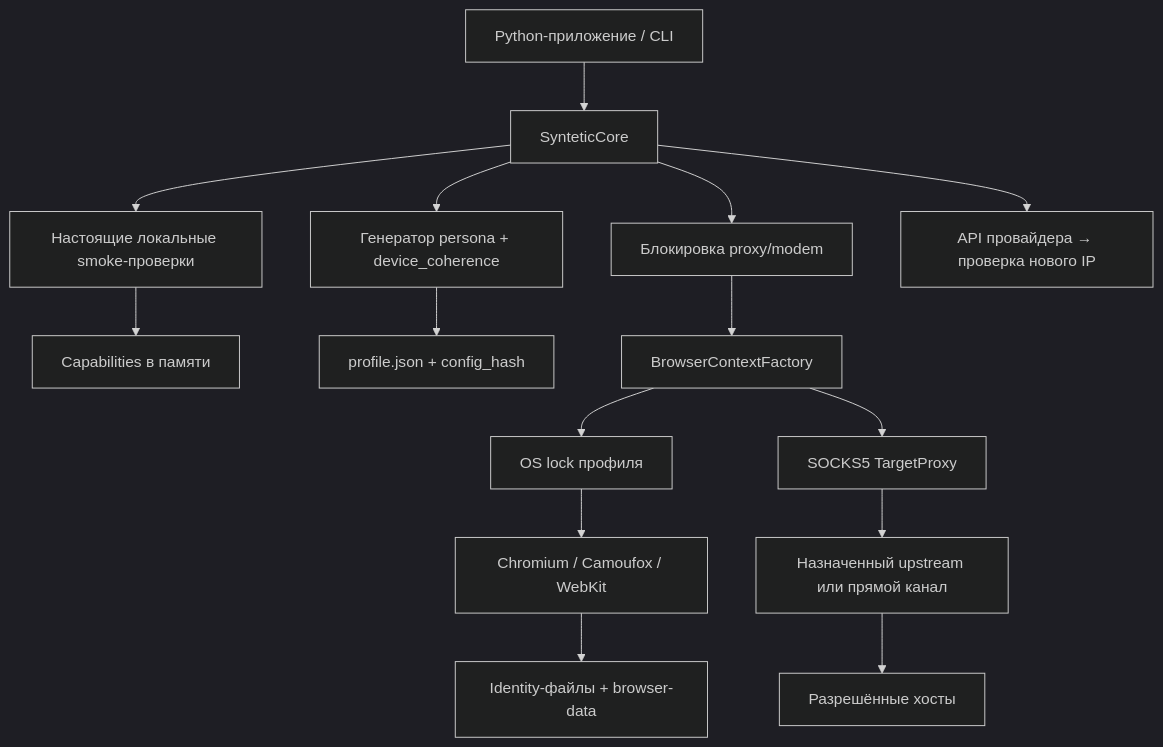
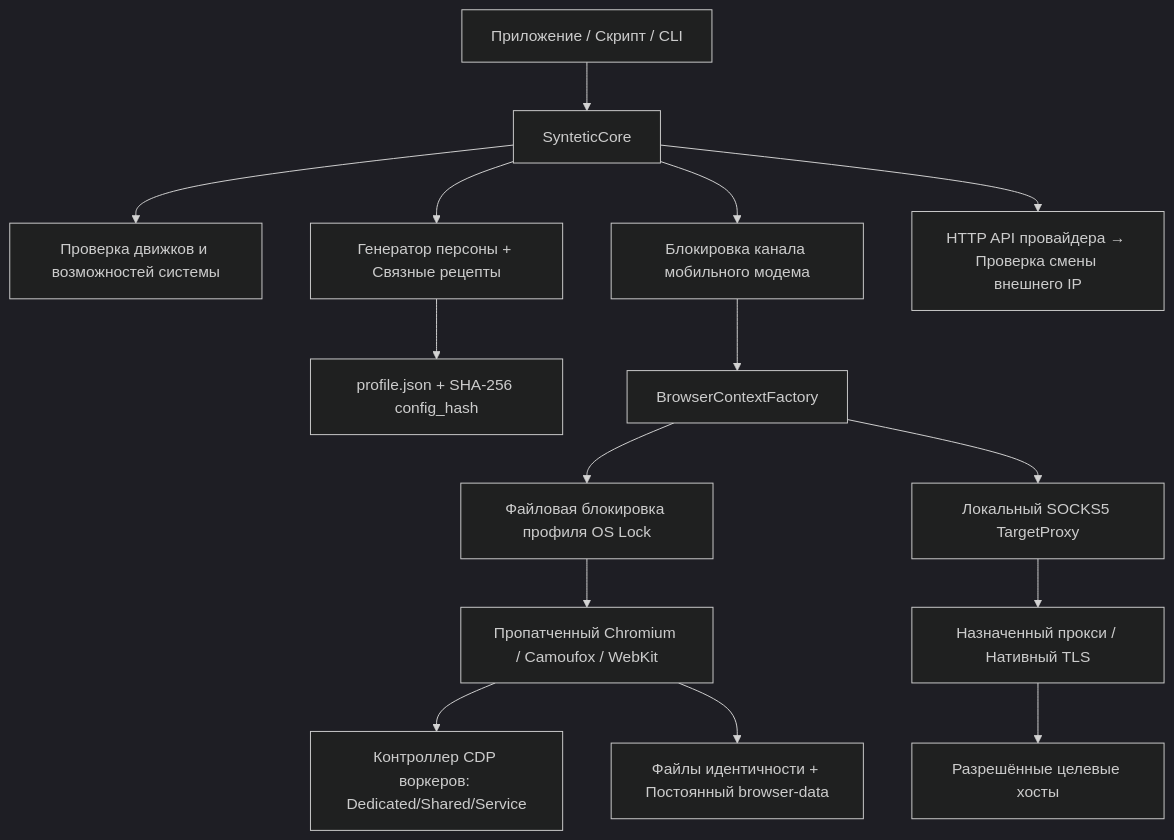
The diagram in docs/ru/ARCHITECTURE.md (Polen452294/Syntetic-Core), drawn with Mermaid (dark theme) before and after one commit. The commit also changed other lines of this file and 18 other files, not shown here.

````diff
--- a/docs/ru/ARCHITECTURE.md
+++ b/docs/ru/ARCHITECTURE.md
@@ -11,17 +11,17 @@
 ```mermaid
 flowchart TD
-    App[Python-приложение / CLI] --> Core[SynteticCore]
-    Core --> Discovery[Настоящие локальные smoke-проверки]
-    Discovery --> Manifest[Capabilities в памяти]
-    Core --> Generator[Генератор persona + device_coherence]
-    Generator --> Profile[profile.json + config_hash]
-    Core --> Channel[Блокировка proxy/modem]
+    App[Приложение / Скрипт / CLI] --> Core[SynteticCore]
+    Core --> Discovery[Проверка движков и возможностей системы]
+    Core --> Generator[Генератор персоны + Связные рецепты]
+    Generator --> Profile[profile.json + SHA-256 config_hash]
+    Core --> Channel[Блокировка канала мобильного модема]
     Channel --> Factory[BrowserContextFactory]
-    Factory --> Lock[OS lock профиля]
-    Lock --> Runtime[Chromium / Camoufox / WebKit]
-    Runtime --> Identity[Identity-файлы + browser-data]
-    Factory --> Guard[SOCKS5 TargetProxy]
-    Guard --> Proxy[Назначенный upstream или прямой канал]
-    Proxy --> Target[Разрешённые хосты]
-    Core --> Rotation[API провайдера → проверка нового IP]
+    Factory --> Lock[Файловая блокировка профиля OS Lock]
+    Lock --> Runtime[Пропатченный Chromium / Camoufox / WebKit]
+    Runtime --> WorkerCtrl[Контроллер CDP воркеров: Dedicated/Shared/Service]
+    Runtime --> Identity[Файлы идентичности + Постоянный browser-data]
+    Factory --> Guard[Локальный SOCKS5 TargetProxy]
+    Guard --> Proxy[Назначенный прокси / Нативный TLS]
+    Proxy --> Target[Разрешённые целевые хосты]
+    Core --> Rotation[HTTP API провайдера → Проверка смены внешнего IP]
 ```
````
